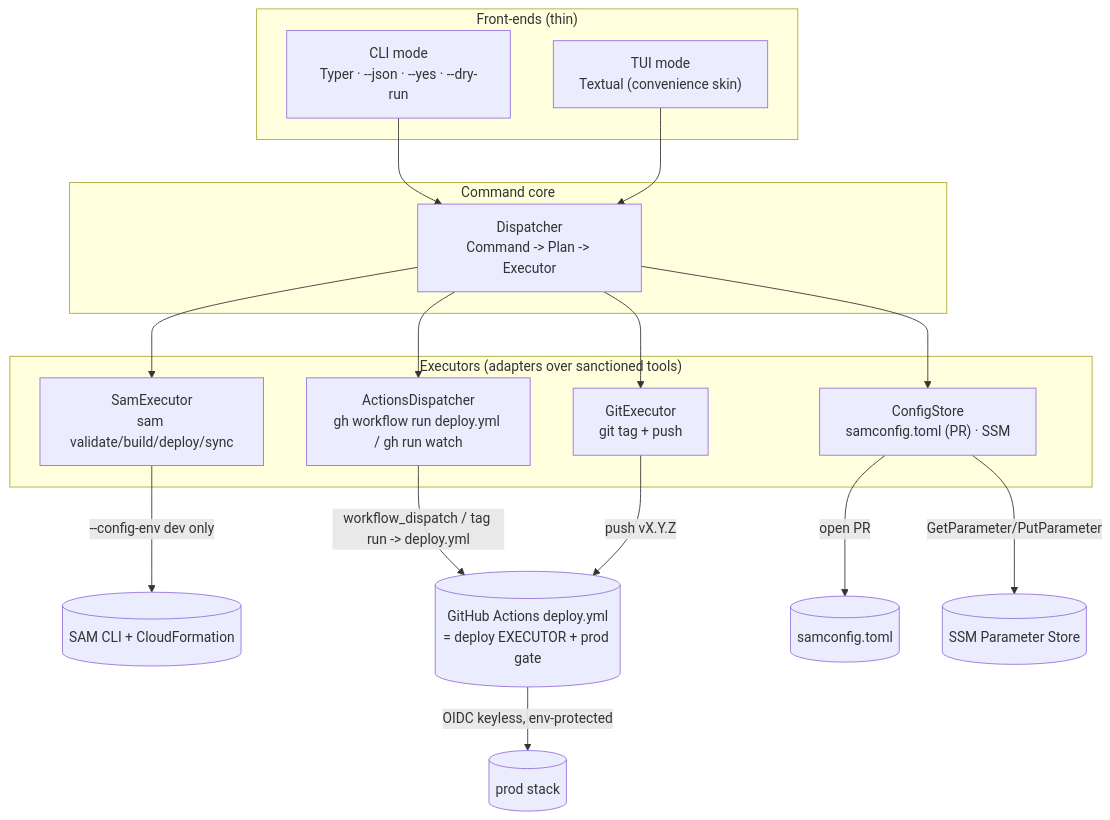
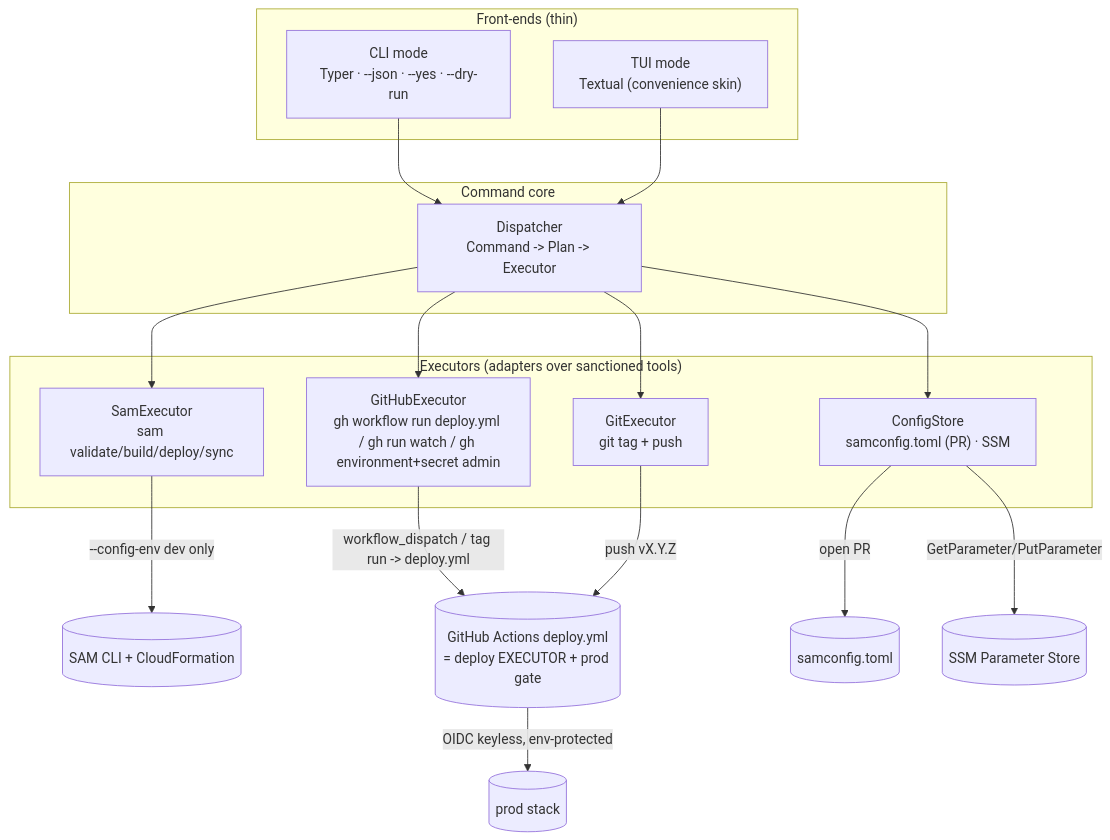
The first of 2 diagrams in .kiro/specs/deploy-control-plane/design.md (RyanYCT/bdo-market-insights), drawn with Mermaid before and after one commit. The commit also changed other lines of this file and 3 other files, not shown here.

````diff
--- a/.kiro/specs/deploy-control-plane/design.md
+++ b/.kiro/specs/deploy-control-plane/design.md
@@ -46,32 +53,32 @@
 ```mermaid
 graph TD
     subgraph FE["Front-ends (thin)"]
         CLI["CLI mode<br/>Typer · --json · --yes · --dry-run"]
         TUI["TUI mode<br/>Textual (convenience skin)"]
     end
 
     subgraph Core["Command core"]
         DISP["Dispatcher<br/>Command -> Plan -> Executor"]
     end
 
     subgraph EX["Executors (adapters over sanctioned tools)"]
         SAM["SamExecutor<br/>sam validate/build/deploy/sync"]
-        ACT["ActionsDispatcher<br/>gh workflow run deploy.yml / gh run watch"]
+        ACT["GitHubExecutor<br/>gh workflow run deploy.yml / gh run watch / gh environment+secret admin"]
         GIT["GitExecutor<br/>git tag + push"]
         CS["ConfigStore<br/>samconfig.toml (PR) · SSM"]
     end
 
     CLI --> DISP
     TUI --> DISP
     DISP --> SAM
     DISP --> ACT
     DISP --> GIT
     DISP --> CS
 
     SAM -->|"--config-env dev only"| SAMCLI[("SAM CLI + CloudFormation")]
     ACT -->|"workflow_dispatch / tag run -> deploy.yml"| GHA[("GitHub Actions deploy.yml<br/>= deploy EXECUTOR + prod gate")]
     GIT -->|"push vX.Y.Z"| GHA
     CS -->|"open PR"| TOML[("samconfig.toml")]
     CS -->|"GetParameter/PutParameter"| SSM[("SSM Parameter Store")]
     GHA -->|"OIDC keyless, env-protected"| PROD[("prod stack")]
 ```
````
